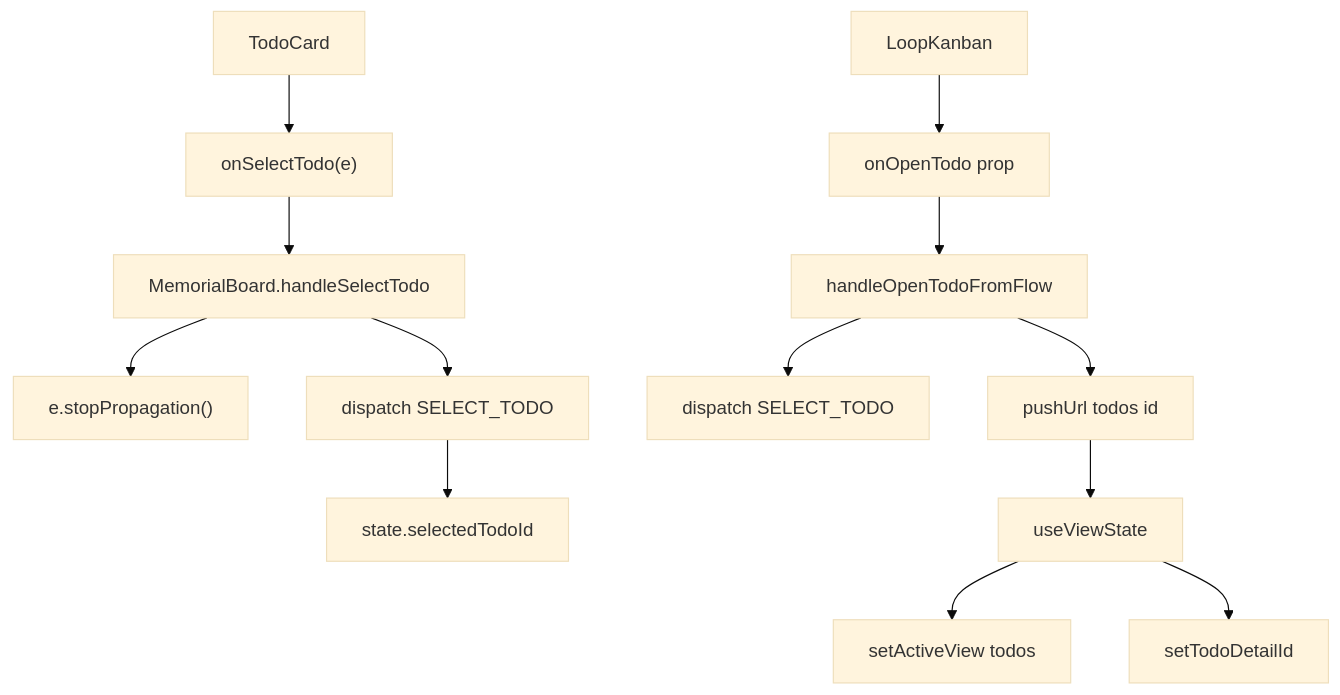
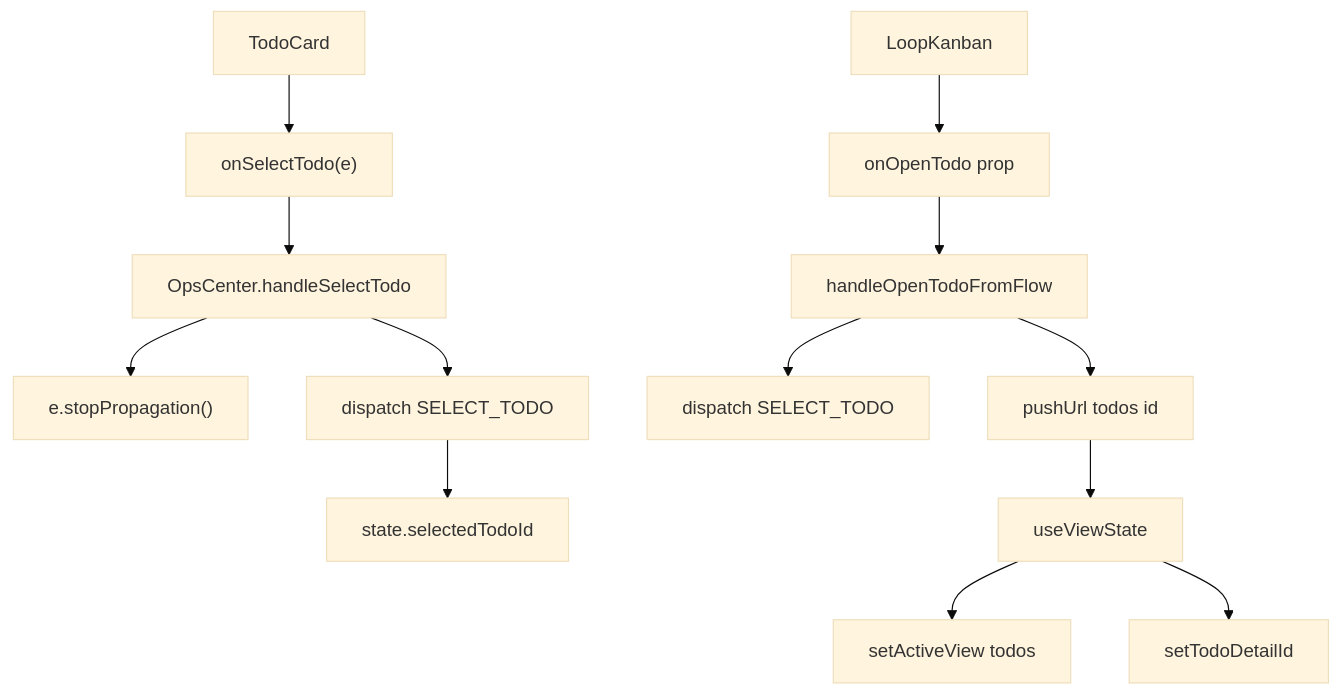
One commit to weibaohui/ntd changed the second of 4 diagrams in frontend/src/help/pages/board-open-todo.md. Above: the diagram before and after it, drawn with Mermaid (base theme). The commit also changed other lines of this file and 24 other files, not shown here.

First line of the commit message:
refactor(097): 看板视图归位事项菜单 + 独立看板改名运行中心

````diff
--- a/frontend/src/help/pages/board-open-todo.md
+++ b/frontend/src/help/pages/board-open-todo.md
@@ -22,15 +22,15 @@
 ```mermaid
 flowchart TD
   TodoCard --> onSelectTodo["onSelectTodo(e)"]
-  onSelectTodo --> handleSelectTodo["MemorialBoard.handleSelectTodo"]
+  onSelectTodo --> handleSelectTodo["OpsCenter.handleSelectTodo"]
   handleSelectTodo --> stopPropagation["e.stopPropagation()"]
   handleSelectTodo --> dispatch["dispatch SELECT_TODO"]
   LoopKanban --> onOpenTodo["onOpenTodo prop"]
   onOpenTodo --> handleOpenTodoFromFlow["handleOpenTodoFromFlow"]
   handleOpenTodoFromFlow --> dispatch2["dispatch SELECT_TODO"]
   handleOpenTodoFromFlow --> pushUrl["pushUrl todos id"]
   dispatch --> selectedTodoId["state.selectedTodoId"]
   pushUrl --> useViewState["useViewState"]
   useViewState --> setActiveView["setActiveView todos"]
   useViewState --> setTodoDetailId["setTodoDetailId"]
 ```
````
